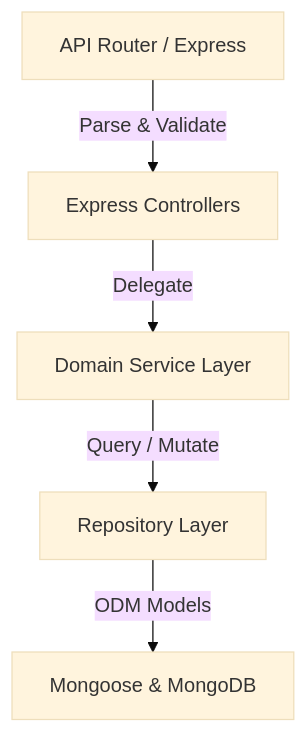
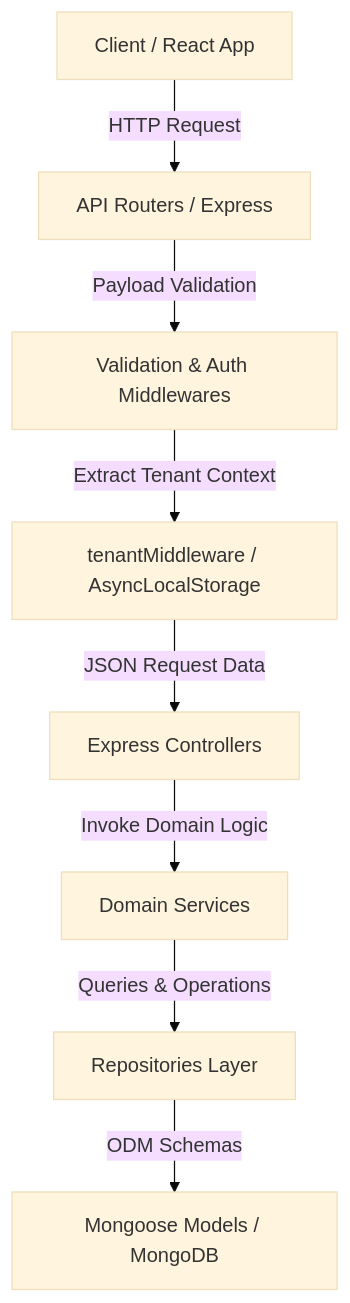
Before and after one commit to html-css-tricks-n-ask/worksphere: the first of 4 diagrams in docs/architecture.md, drawn with Mermaid (base theme). The commit also changed other lines of this file and 14 other files, not shown here.

Commit message:
fix: refactor useRegister to TanStack Query mutation, make backend email operations asynchronous to prevent registration timeouts

````diff
--- a/docs/architecture.md
+++ b/docs/architecture.md
@@ -11,7 +11,10 @@
 ```mermaid
 graph TD
-  A[API Router / Express] -->|Parse & Validate| B[Express Controllers]
-  B -->|Delegate| C[Domain Service Layer]
-  C -->|Query / Mutate| D[Repository Layer]
-  D -->|ODM Models| E[Mongoose & MongoDB]
+  Client[Client / React App] -->|HTTP Request| Routers[API Routers / Express]
+  Routers -->|Payload Validation| Middleware[Validation & Auth Middlewares]
+  Middleware -->|Extract Tenant Context| TenantCtx[tenantMiddleware / AsyncLocalStorage]
+  TenantCtx -->|JSON Request Data| Controllers[Express Controllers]
+  Controllers -->|Invoke Domain Logic| Services[Domain Services]
+  Services -->|Queries & Operations| Repositories[Repositories Layer]
+  Repositories -->|ODM Schemas| Mongoose[Mongoose Models / MongoDB]
 ```
````
